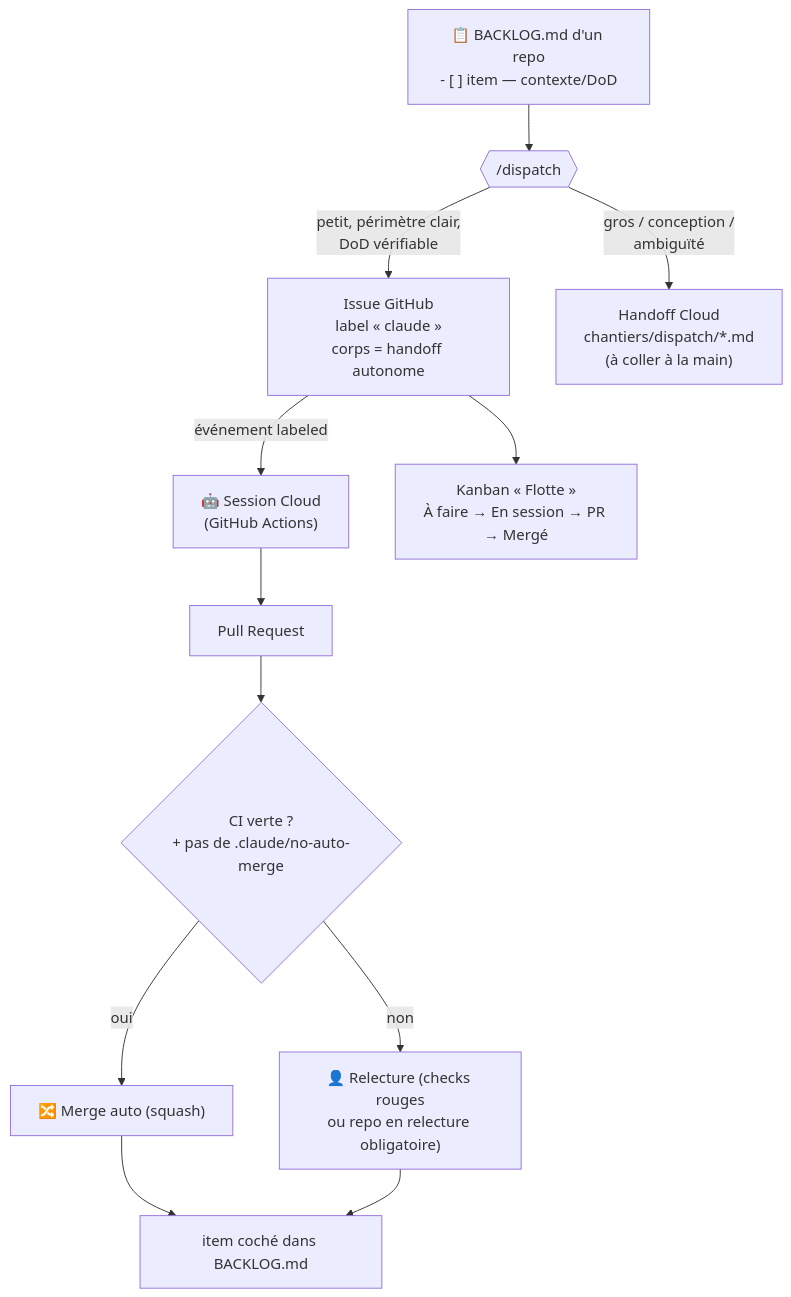
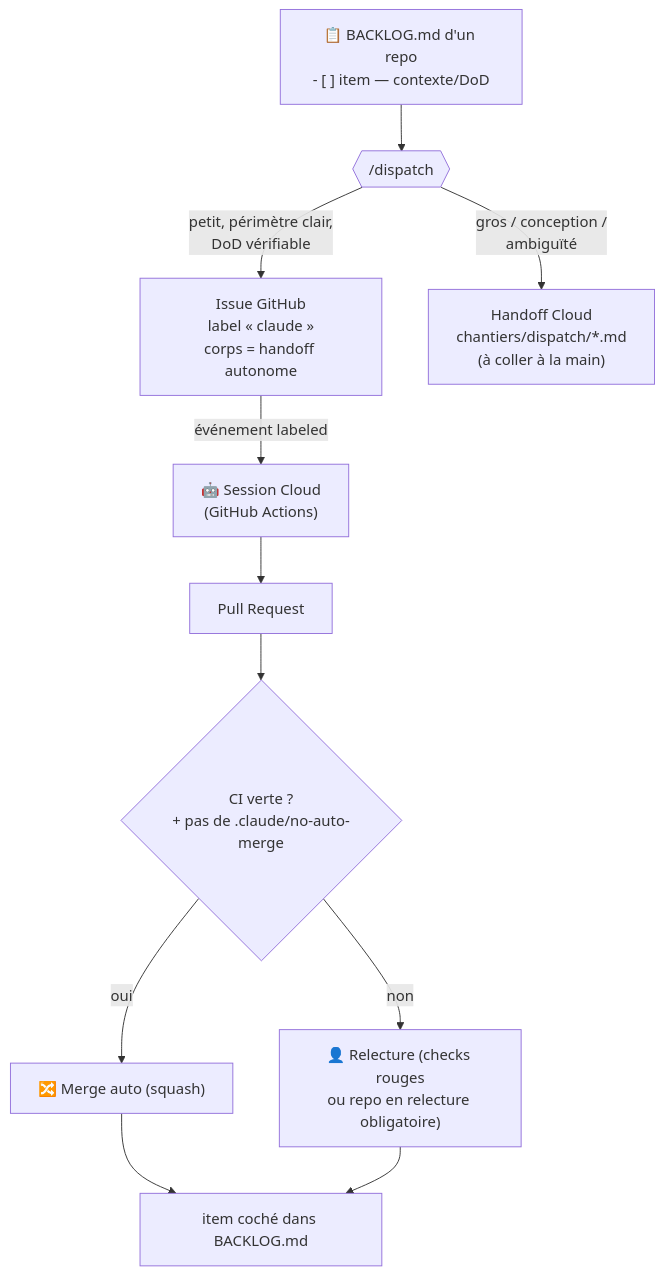
The fifth of 6 diagrams in GUIDE.md (Thibaud888/claude-code-fleet), drawn with Mermaid before and after one commit. The commit also changed other lines of this file and 9 other files, not shown here.

````diff
--- a/GUIDE.md
+++ b/GUIDE.md
@@ -283,14 +285,13 @@
 ```mermaid
 flowchart TB
     BK["📋 BACKLOG.md d'un repo<br/>- [ ] item — contexte/DoD"] --> D{{"/dispatch"}}
     D -->|"petit, périmètre clair,<br/>DoD vérifiable"| ISS["Issue GitHub<br/>label « claude »<br/>corps = handoff autonome"]
     D -->|"gros / conception /<br/>ambiguïté"| HO["Handoff Cloud<br/>chantiers/dispatch/*.md<br/>(à coller à la main)"]
     ISS -->|"événement labeled"| ACT["🤖 Session Cloud<br/>(GitHub Actions)"]
     ACT --> PR["Pull Request"]
-    ISS --> PROJ["Kanban « Flotte »<br/>À faire → En session → PR → Mergé"]
     PR --> CI{"CI verte ?<br/>+ pas de .claude/no-auto-merge"}
     CI -->|oui| MERGE["🔀 Merge auto (squash)"]
     CI -->|non| REV["👤 Relecture (checks rouges<br/>ou repo en relecture obligatoire)"]
     MERGE --> BK2["item coché dans BACKLOG.md"]
     REV --> BK2
 ```
````
